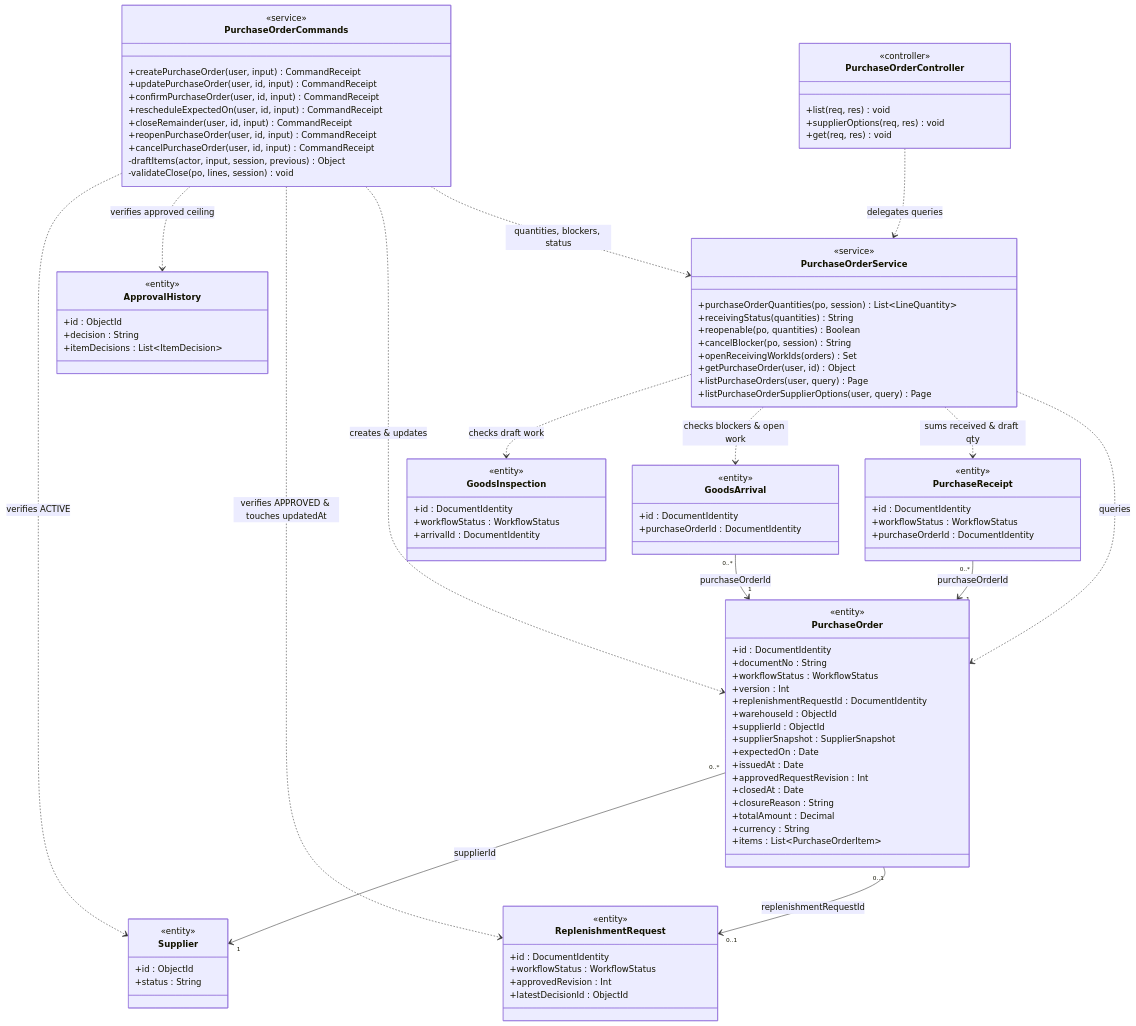
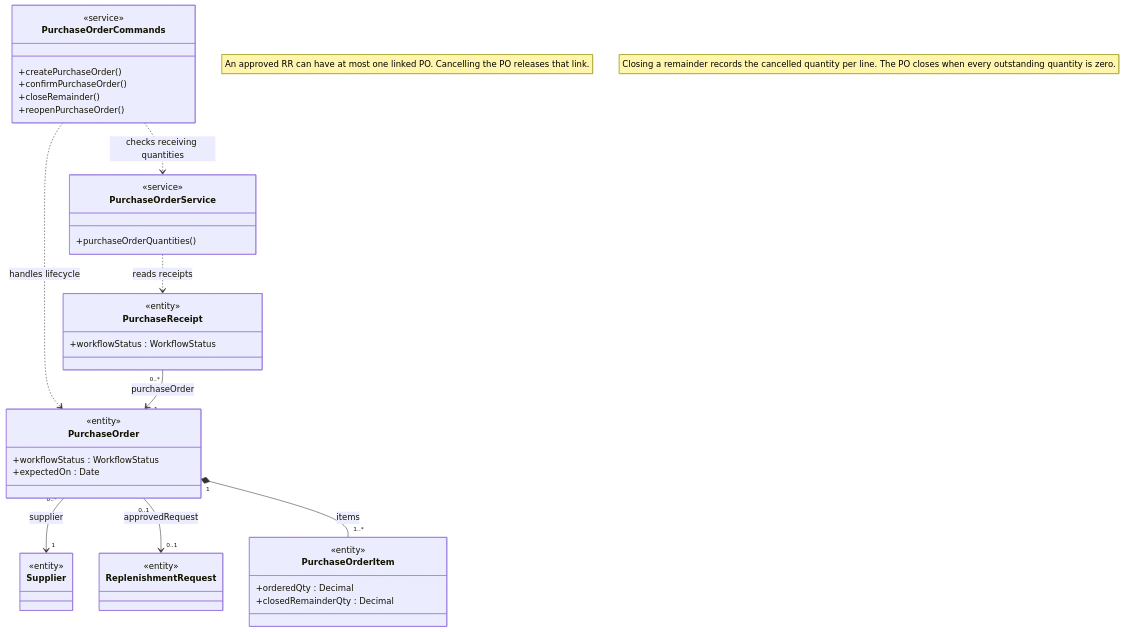
One commit to bupbalabup/wmsd_be changed the ninth of 46 diagrams in git_doc/docs/01_bao_cao/WMSD_Report4_Draft.md. Above: the diagram before and after it, drawn with Mermaid. The commit also changed other lines of this file and 32 other files, not shown here.

````diff
--- a/git_doc/docs/01_bao_cao/WMSD_Report4_Draft.md
+++ b/git_doc/docs/01_bao_cao/WMSD_Report4_Draft.md
@@ -726,100 +650,44 @@
 ```mermaid
 classDiagram
-  class PurchaseOrderController {
-    <<controller>>
-    +list(req, res) void
-    +supplierOptions(req, res) void
-    +get(req, res) void
-  }
+  direction TB
   class PurchaseOrderCommands {
     <<service>>
-    +createPurchaseOrder(user, input) CommandReceipt
-    +updatePurchaseOrder(user, id, input) CommandReceipt
-    +confirmPurchaseOrder(user, id, input) CommandReceipt
-    +rescheduleExpectedOn(user, id, input) CommandReceipt
-    +closeRemainder(user, id, input) CommandReceipt
-    +reopenPurchaseOrder(user, id, input) CommandReceipt
-    +cancelPurchaseOrder(user, id, input) CommandReceipt
-    -draftItems(actor, input, session, previous) Object
-    -validateClose(po, lines, session) void
+    +createPurchaseOrder()
+    +confirmPurchaseOrder()
+    +closeRemainder()
+    +reopenPurchaseOrder()
   }
   class PurchaseOrderService {
     <<service>>
-    +purchaseOrderQuantities(po, session) List~LineQuantity~
-    +receivingStatus(quantities) String
-    +reopenable(po, quantities) Boolean
-    +cancelBlocker(po, session) String
-    +openReceivingWorkIds(orders) Set
-    +getPurchaseOrder(user, id) Object
-    +listPurchaseOrders(user, query) Page
-    +listPurchaseOrderSupplierOptions(user, query) Page
+    +purchaseOrderQuantities()
+  }
+  class Supplier {
+    <<entity>>
   }
   class PurchaseOrder {
     <<entity>>
-    +id : DocumentIdentity
-    +documentNo : String
     +workflowStatus : WorkflowStatus
-    +version : Int
-    +replenishmentRequestId : DocumentIdentity
-    +warehouseId : ObjectId
-    +supplierId : ObjectId
-    +supplierSnapshot : SupplierSnapshot
     +expectedOn : Date
-    +issuedAt : Date
-    +approvedRequestRevision : Int
-    +closedAt : Date
-    +closureReason : String
-    +totalAmount : Decimal
-    +currency : String
-    +items : List~PurchaseOrderItem~
   }
   class ReplenishmentRequest {
     <<entity>>
-    +id : DocumentIdentity
-    +workflowStatus : WorkflowStatus
-    +approvedRevision : Int
-    +latestDecisionId : ObjectId
   }
-  class ApprovalHistory {
+  class PurchaseOrderItem {
     <<entity>>
-    +id : ObjectId
-    +decision : String
-    +itemDecisions : List~ItemDecision~
-  }
-  class Supplier {
-    <<entity>>
-    +id : ObjectId
-    +status : String
+    +orderedQty : Decimal
+    +closedRemainderQty : Decimal
   }
   class PurchaseReceipt {
     <<entity>>
-    +id : DocumentIdentity
     +workflowStatus : WorkflowStatus
-    +purchaseOrderId : DocumentIdentity
   }
-  class GoodsArrival {
-    <<entity>>
-    +id : DocumentIdentity
-    +purchaseOrderId : DocumentIdentity
-  }
-  class GoodsInspection {
-    <<entity>>
-    +id : DocumentIdentity
-    +workflowStatus : WorkflowStatus
-    +arrivalId : DocumentIdentity
-  }
-  PurchaseOrderController ..> PurchaseOrderService : delegates queries
-  PurchaseOrderCommands ..> PurchaseOrderService : quantities, blockers, status
-  PurchaseOrderCommands ..> PurchaseOrder : creates & updates
-  PurchaseOrderCommands ..> ReplenishmentRequest : verifies APPROVED & touches updatedAt
-  PurchaseOrderCommands ..> ApprovalHistory : verifies approved ceiling
-  PurchaseOrderCommands ..> Supplier : verifies ACTIVE
-  PurchaseOrderService ..> PurchaseOrder : queries
-  PurchaseOrderService ..> PurchaseReceipt : sums received & draft qty
-  PurchaseOrderService ..> GoodsArrival : checks blockers & open work
-  PurchaseOrderService ..> GoodsInspection : checks draft work
-  PurchaseOrder "0..1" --> "0..1" ReplenishmentRequest : replenishmentRequestId
-  PurchaseOrder "0..*" --> "1" Supplier : supplierId
-  PurchaseReceipt "0..*" --> "1" PurchaseOrder : purchaseOrderId
-  GoodsArrival "0..*" --> "1" PurchaseOrder : purchaseOrderId
+  PurchaseOrderCommands ..> PurchaseOrderService : checks receiving quantities
+  PurchaseOrderCommands ..> PurchaseOrder : handles lifecycle
+  PurchaseOrderService ..> PurchaseReceipt : reads receipts
+  PurchaseOrder "0..*" --> "1" Supplier : supplier
+  PurchaseOrder "0..1" --> "0..1" ReplenishmentRequest : approvedRequest
+  PurchaseOrder "1" *-- "1..*" PurchaseOrderItem : items
+  PurchaseReceipt "0..*" --> "1" PurchaseOrder : purchaseOrder
+  note "An approved RR can have at most one linked PO. Cancelling the PO releases that link."
+  note "Closing a remainder records the cancelled quantity per line. The PO closes when every outstanding quantity is zero."
 ```
````
